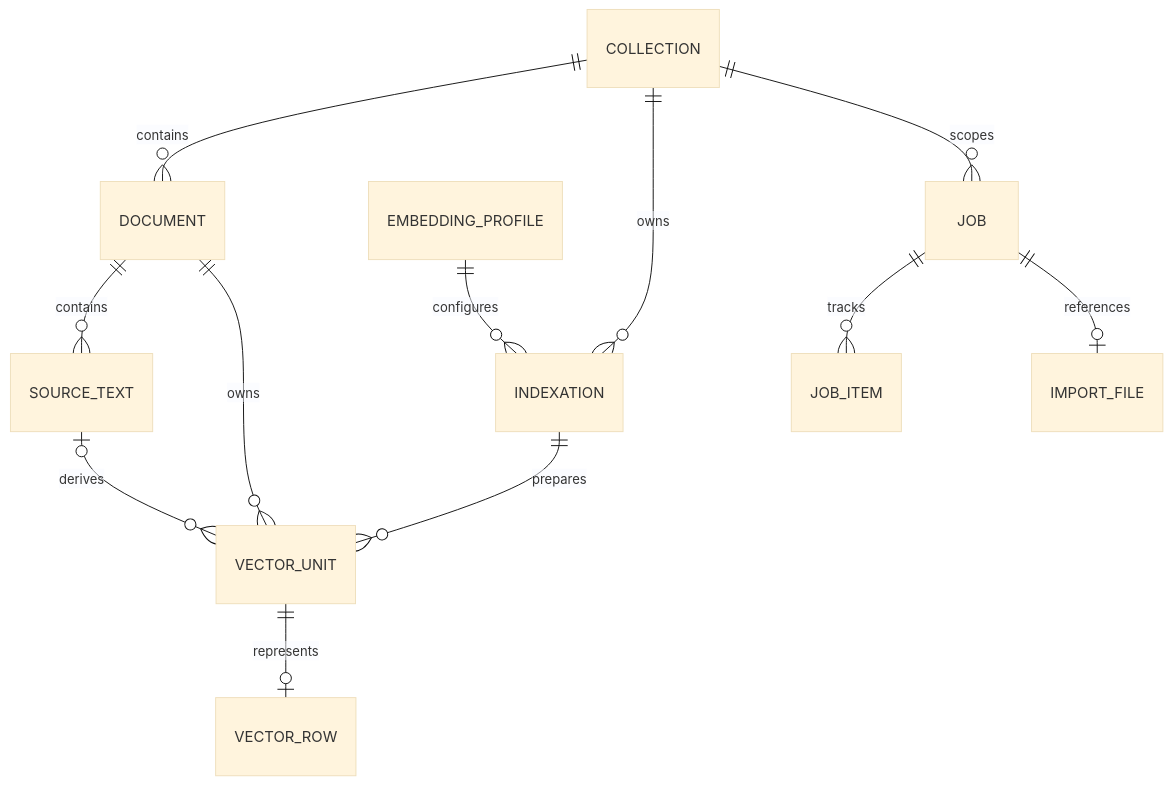
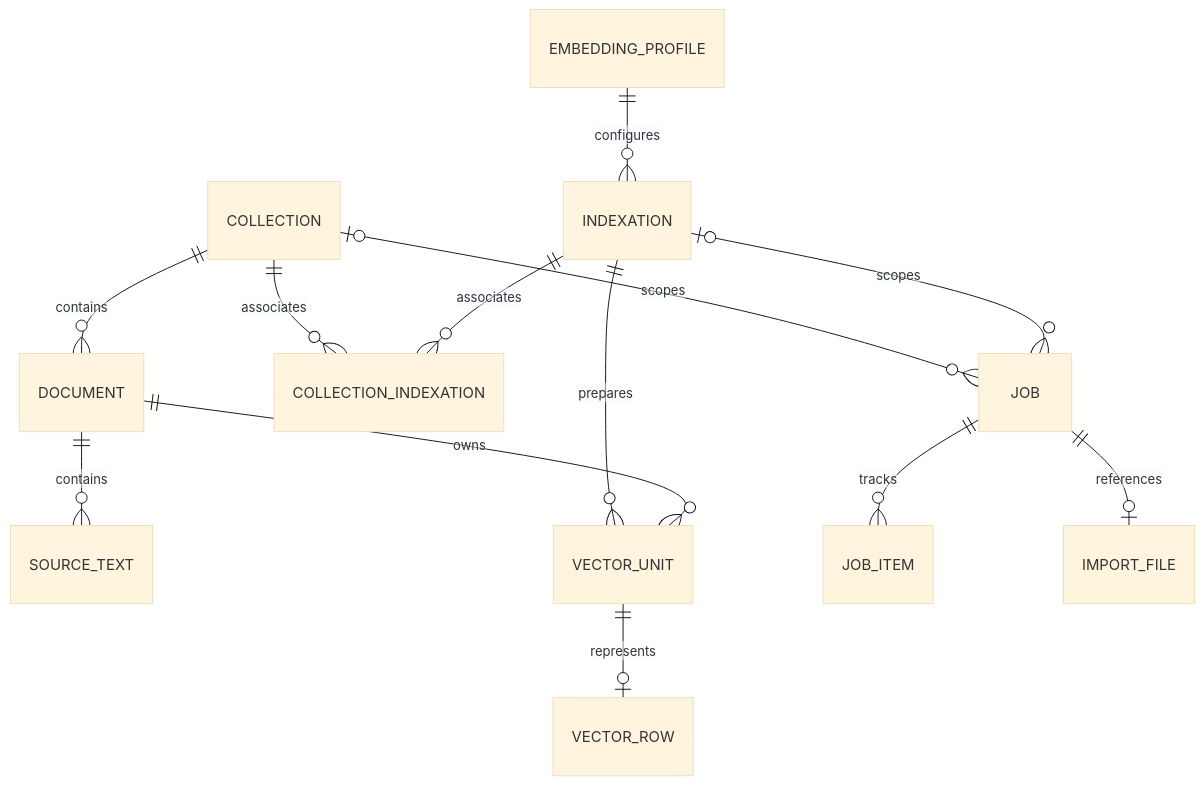
Before and after one commit to LA-Referencia-IOI/lareferencia-embedding-service: the third of 4 diagrams in docs/lareferencia-embedding-service-architecture.md, drawn with Mermaid (base theme). The commit also changed other lines of this file and 51 other files, not shown here.

````diff
--- a/docs/lareferencia-embedding-service-architecture.md
+++ b/docs/lareferencia-embedding-service-architecture.md
@@ -72,14 +72,15 @@
 ```mermaid
 erDiagram
     COLLECTION ||--o{ DOCUMENT : contains
     DOCUMENT ||--o{ SOURCE_TEXT : contains
-    COLLECTION ||--o{ INDEXATION : owns
+    COLLECTION ||--o{ COLLECTION_INDEXATION : associates
+    INDEXATION ||--o{ COLLECTION_INDEXATION : associates
     EMBEDDING_PROFILE ||--o{ INDEXATION : configures
     INDEXATION ||--o{ VECTOR_UNIT : prepares
-    SOURCE_TEXT o|--o{ VECTOR_UNIT : derives
     DOCUMENT ||--o{ VECTOR_UNIT : owns
     VECTOR_UNIT ||--o| VECTOR_ROW : represents
-    COLLECTION ||--o{ JOB : scopes
+    COLLECTION o|--o{ JOB : scopes
+    INDEXATION o|--o{ JOB : scopes
     JOB ||--o{ JOB_ITEM : tracks
     JOB ||--o| IMPORT_FILE : references
 ```
````
